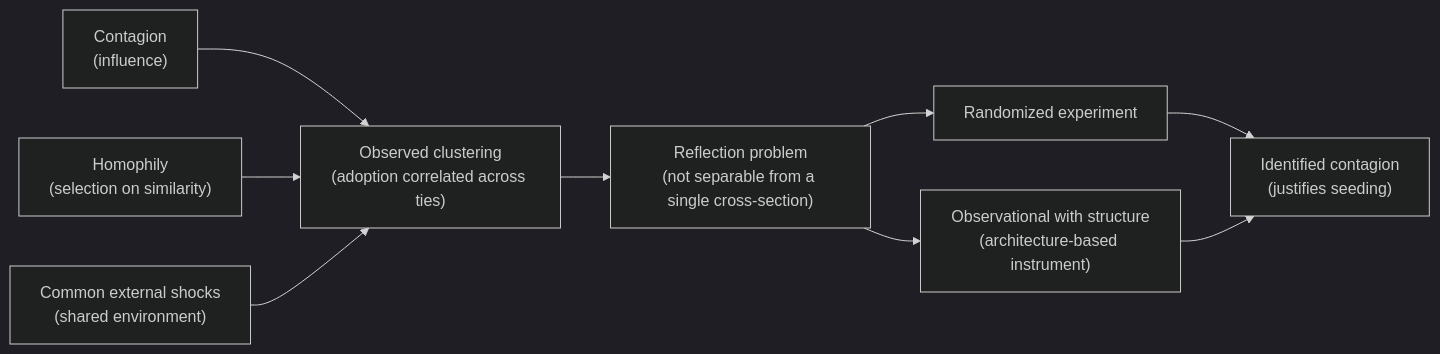
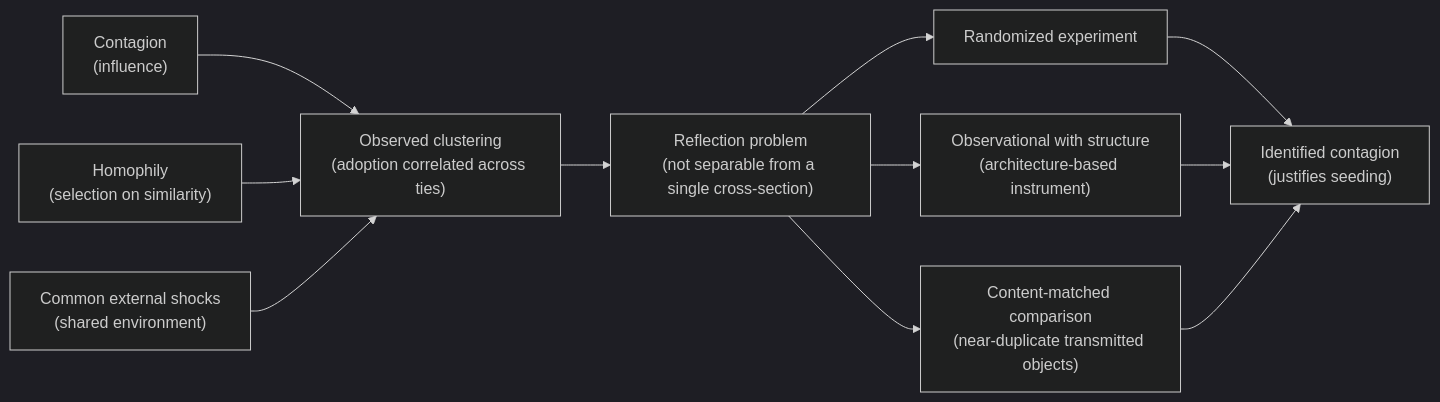
One commit to mikenguyen13/marketing_research changed the third of 3 diagrams in 54-network-graph.qmd. Above: the diagram before and after it, drawn with Mermaid (dark theme). The commit also changed other lines of this file and 13 other files, not shown here.

````diff
--- a/54-network-graph.qmd
+++ b/54-network-graph.qmd
@@ -420,13 +436,15 @@
 ```{mermaid}
 %%| label: fig-net-identification
-%%| fig-cap: "The identification problem for social influence. Contagion, homophily, and common external shocks all produce the same observed clustering, the reflection problem blocks their separation from a single cross-section, and only randomization or architecture-based structure recovers identified contagion."
+%%| fig-cap: "The identification problem for social influence. Contagion, homophily, and common external shocks all produce the same observed clustering, the reflection problem blocks their separation from a single cross-section, and only randomization, architecture-based structure, or a content-matched comparison recovers identified contagion."
 flowchart LR
   CO["Contagion<br/>(influence)"] --> OB["Observed clustering<br/>(adoption correlated across ties)"]
   HO["Homophily<br/>(selection on similarity)"] --> OB
   CS["Common external shocks<br/>(shared environment)"] --> OB
   OB --> RP["Reflection problem<br/>(not separable from a single cross-section)"]
   RP --> EX["Randomized experiment"]
   RP --> STR["Observational with structure<br/>(architecture-based instrument)"]
+  RP --> CM["Content-matched comparison<br/>(near-duplicate transmitted objects)"]
   EX --> ID["Identified contagion<br/>(justifies seeding)"]
   STR --> ID
+  CM --> ID
 ```
````
